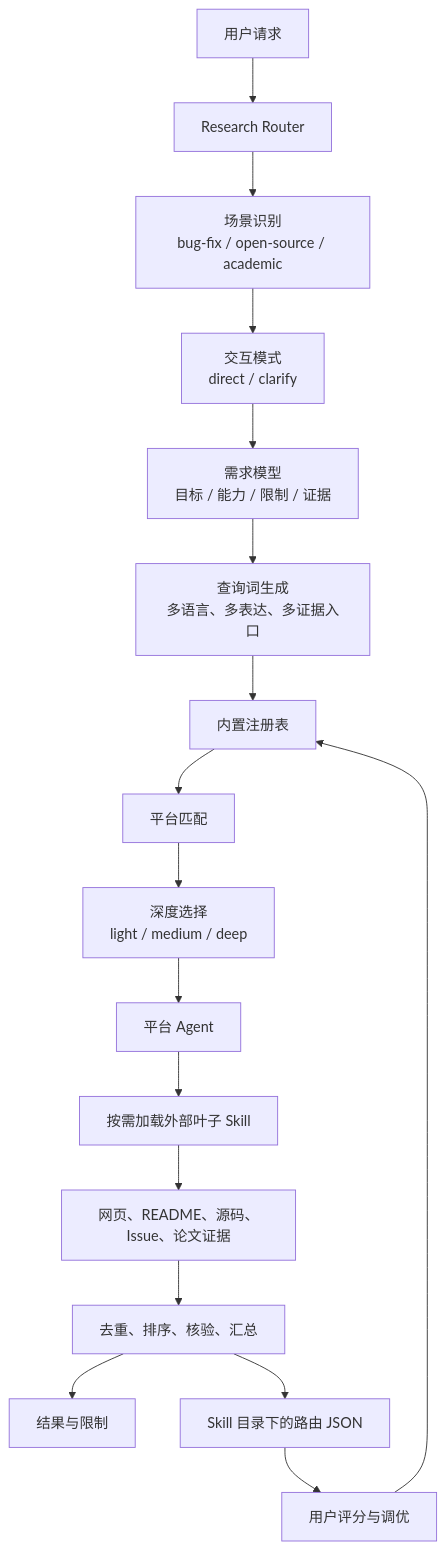
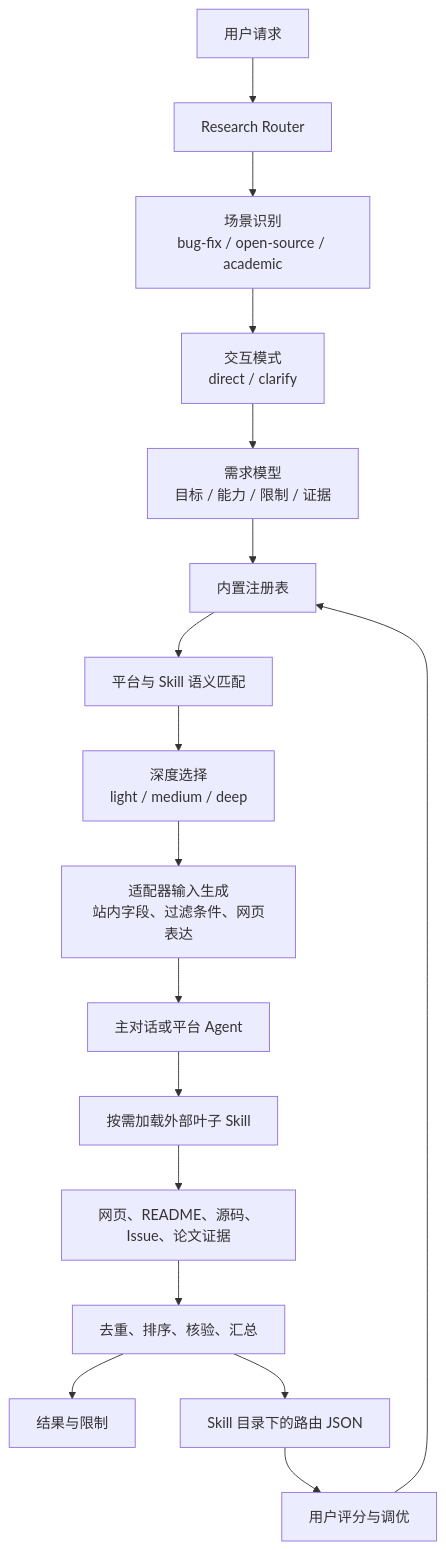
One commit to sxyq/research-router changed the second of 5 diagrams in README.md. Above: the diagram before and after it, drawn with Mermaid. The commit also changed other lines of this file and 30 other files, not shown here.

````diff
--- a/README.md
+++ b/README.md
@@ -58,19 +59,19 @@
 ```mermaid
 flowchart TD
     U[用户请求] --> R[Research Router]
     R --> C[场景识别<br/>bug-fix / open-source / academic]
     C --> M[交互模式<br/>direct / clarify]
     M --> Q[需求模型<br/>目标 / 能力 / 限制 / 证据]
-    Q --> G[查询词生成<br/>多语言、多表达、多证据入口]
-    G --> I[内置注册表]
-    I --> P[平台匹配]
+    Q --> I[内置注册表]
+    I --> P[平台与 Skill 语义匹配]
     P --> D[深度选择<br/>light / medium / deep]
-    D --> A[平台 Agent]
+    D --> G[适配器输入生成<br/>站内字段、过滤条件、网页表达]
+    G --> A[主对话或平台 Agent]
     A --> S[按需加载外部叶子 Skill]
     S --> E[网页、README、源码、Issue、论文证据]
     E --> V[去重、排序、核验、汇总]
     V --> O[结果与限制]
     V --> T[Skill 目录下的路由 JSON]
     T --> F[用户评分与调优]
     F --> I
 ```
````
